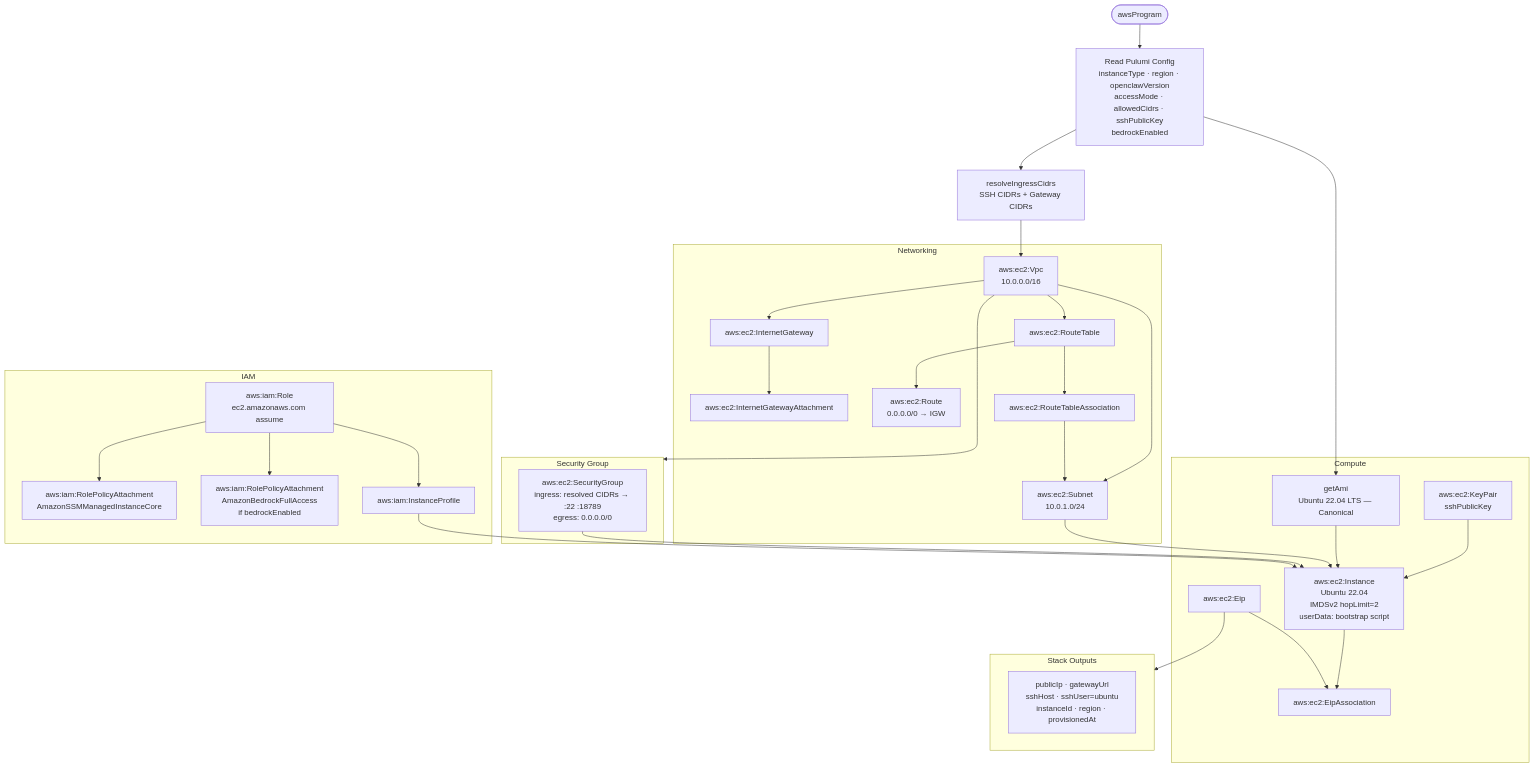
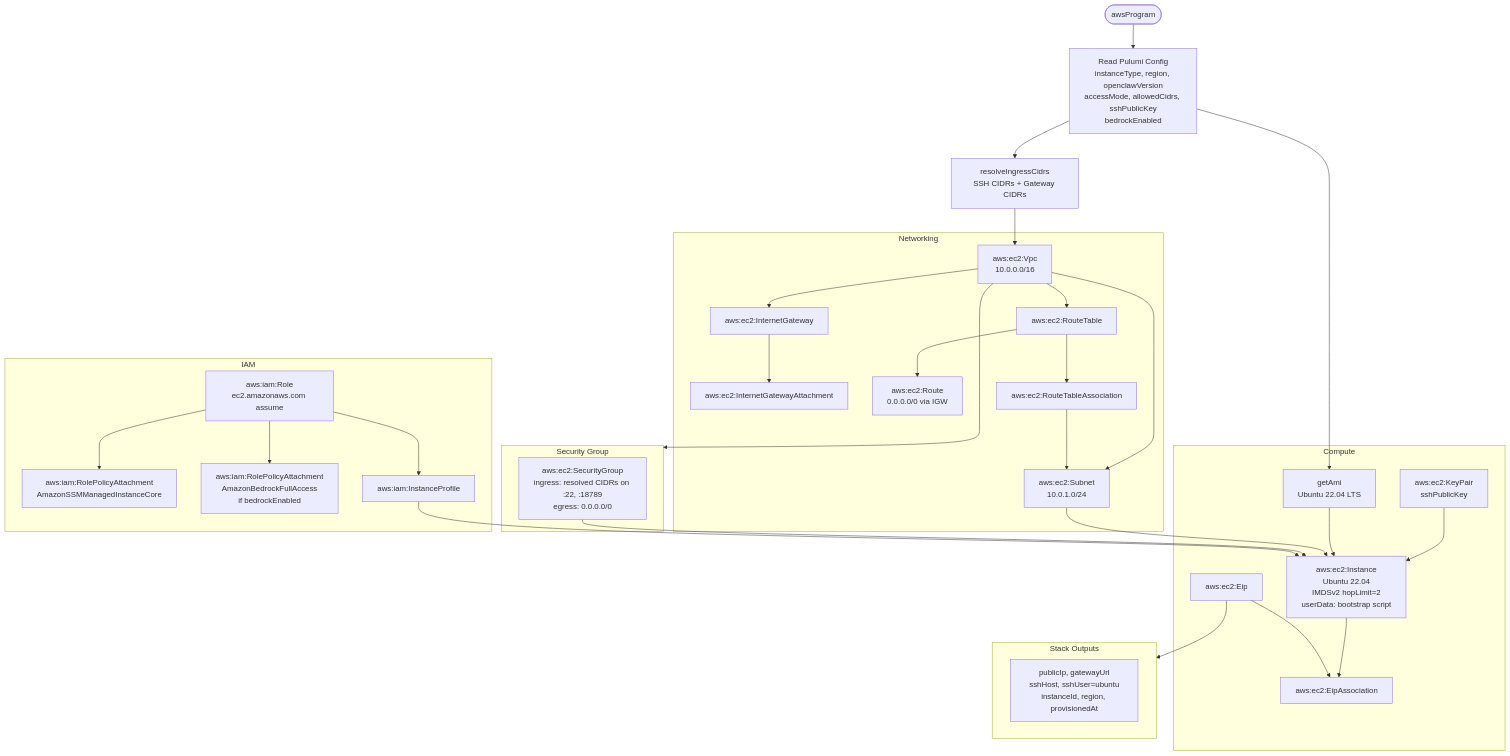
One commit to dfridkin/clawops changed the first of 3 diagrams in README.md. Above: the diagram before and after it, drawn with Mermaid. The commit also changed other lines of this file, not shown here.

First line of the commit message:
fix(docs): fix Mermaid diagram syntax for VS Code compatibility

````diff
--- a/README.md
+++ b/README.md
@@ -402,62 +402,62 @@
 ```mermaid
 flowchart TD
-    A([awsProgram]) --> CFG[Read Pulumi Config\ninstanceType · region · openclawVersion\naccessMode · allowedCidrs · sshPublicKey\nbedrockEnabled]
+    A([awsProgram]) --> CFG["Read Pulumi Config\ninstanceType, region, openclawVersion\naccessMode, allowedCidrs, sshPublicKey\nbedrockEnabled"]
 
-    CFG --> CIDR[resolveIngressCidrs\nSSH CIDRs + Gateway CIDRs]
-    CFG --> AMI[getAmi\nUbuntu 22.04 LTS — Canonical]
+    CFG --> CIDR["resolveIngressCidrs\nSSH CIDRs + Gateway CIDRs"]
+    CFG --> AMI["getAmi\nUbuntu 22.04 LTS"]
 
     CIDR --> VPC
 
-    subgraph NET [Networking]
-        VPC[aws:ec2:Vpc\n10.0.0.0/16]
-        IGW[aws:ec2:InternetGateway]
-        IGWA[aws:ec2:InternetGatewayAttachment]
-        SUBNET[aws:ec2:Subnet\n10.0.1.0/24]
-        RT[aws:ec2:RouteTable]
-        ROUTE[aws:ec2:Route\n0.0.0.0/0 → IGW]
-        RTA[aws:ec2:RouteTableAssociation]
+    subgraph NET["Networking"]
+        VPC["aws:ec2:Vpc\n10.0.0.0/16"]
+        IGW["aws:ec2:InternetGateway"]
+        IGWA["aws:ec2:InternetGatewayAttachment"]
+        SUBNET["aws:ec2:Subnet\n10.0.1.0/24"]
+        RT["aws:ec2:RouteTable"]
+        ROUTE["aws:ec2:Route\n0.0.0.0/0 via IGW"]
+        RTA["aws:ec2:RouteTableAssociation"]
 
         VPC --> IGW --> IGWA
         VPC --> SUBNET
         VPC --> RT --> ROUTE
         RT --> RTA --> SUBNET
     end
 
-    subgraph SG [Security Group]
-        SEC[aws:ec2:SecurityGroup\ningress: resolved CIDRs → :22 :18789\negress: 0.0.0.0/0]
+    subgraph SG["Security Group"]
+        SEC["aws:ec2:SecurityGroup\ningress: resolved CIDRs on :22, :18789\negress: 0.0.0.0/0"]
     end
 
     VPC --> SG
 
-    subgraph IAM [IAM]
-        ROLE[aws:iam:Role\nec2.amazonaws.com assume]
-        SSM[aws:iam:RolePolicyAttachment\nAmazonSSMManagedInstanceCore]
-        BED[aws:iam:RolePolicyAttachment\nAmazonBedrockFullAccess\nif bedrockEnabled]
-        PROF[aws:iam:InstanceProfile]
+    subgraph IAM["IAM"]
+        ROLE["aws:iam:Role\nec2.amazonaws.com assume"]
+        SSM["aws:iam:RolePolicyAttachment\nAmazonSSMManagedInstanceCore"]
+        BED["aws:iam:RolePolicyAttachment\nAmazonBedrockFullAccess\nif bedrockEnabled"]
+        PROF["aws:iam:InstanceProfile"]
 
         ROLE --> SSM
         ROLE --> BED
         ROLE --> PROF
     end
 
-    subgraph COMPUTE [Compute]
-        KP[aws:ec2:KeyPair\nsshPublicKey]
-        EC2[aws:ec2:Instance\nUbuntu 22.04\nIMDSv2 hopLimit=2\nuserData: bootstrap script]
-        EIP[aws:ec2:Eip]
-        EIPASSOC[aws:ec2:EipAssociation]
+    subgraph COMPUTE["Compute"]
+        KP["aws:ec2:KeyPair\nsshPublicKey"]
+        EC2["aws:ec2:Instance\nUbuntu 22.04\nIMDSv2 hopLimit=2\nuserData: bootstrap script"]
+        EIP["aws:ec2:Eip"]
+        EIPASSOC["aws:ec2:EipAssociation"]
 
         KP --> EC2
         AMI --> EC2
         SUBNET --> EC2
         SEC --> EC2
         PROF --> EC2
         EC2 --> EIPASSOC
         EIP --> EIPASSOC
     end
 
     EIP --> OUT
 
-    subgraph OUT [Stack Outputs]
-        O1[publicIp · gatewayUrl\nsshHost · sshUser=ubuntu\ninstanceId · region · provisionedAt]
+    subgraph OUT["Stack Outputs"]
+        O1["publicIp, gatewayUrl\nsshHost, sshUser=ubuntu\ninstanceId, region, provisionedAt"]
     end
 ```
````
